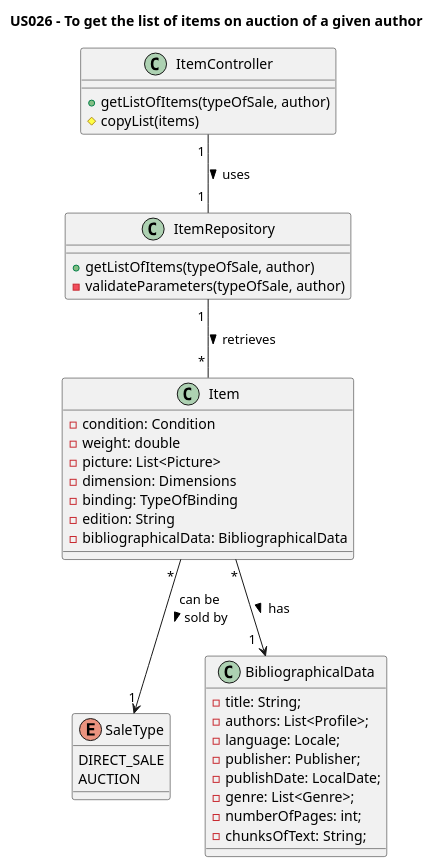
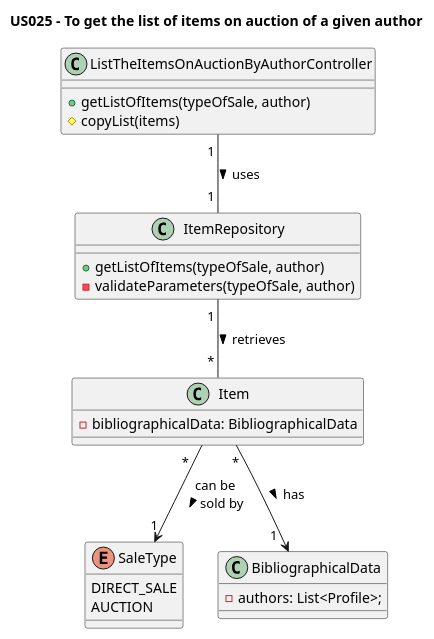
One commit to AndrePereiraGitH/SWitCH-Project-Team_A changed the diagram in Diagrams/ClassDiagrams/US026-to-get-the-list-of-items-on-auction-of-a-given-author.puml. Above: the diagram before and after it, drawn with PlantUML. The commit also changed 3 other files, not shown here.

```diff
--- a/Diagrams/ClassDiagrams/US026-to-get-the-list-of-items-on-auction-of-a-given-author.puml
+++ b/Diagrams/ClassDiagrams/US026-to-get-the-list-of-items-on-auction-of-a-given-author.puml
@@ -1,48 +1,35 @@
 @startuml
-title US026 - To get the list of items on auction of a given author
+title US025 - To get the list of items on auction of a given author
 
-class ItemController {
+class ListTheItemsOnAuctionByAuthorController {
   +getListOfItems(typeOfSale, author)
   #copyList(items)
 }
 
 class ItemRepository {
   +getListOfItems(typeOfSale, author)
   ' -convertStringToEnum(typeOfSale, author)
   -validateParameters(typeOfSale, author)
 }
 
 class Item {
-  - condition: Condition
-  - weight: double
-  - picture: List<Picture>
-  - dimension: Dimensions
-  - binding: TypeOfBinding
-  - edition: String
   - bibliographicalData: BibliographicalData
 }
 
 enum SaleType {
     DIRECT_SALE
     AUCTION
 }
 
 class BibliographicalData {
-    - title: String;
     - authors: List<Profile>;
-    - language: Locale;
-    - publisher: Publisher;
-    - publishDate: LocalDate;
-    - genre: List<Genre>;
-    - numberOfPages: int;
-    - chunksOfText: String;
 }
 
 ' Interactions
 
-ItemController  "1 " -- "1 " ItemRepository : uses >
+ListTheItemsOnAuctionByAuthorController  "1 " -- "1 " ItemRepository : uses >
 ItemRepository "1 " -- " * " Item : retrieves >
 Item "                                *" --> "1" SaleType : can be\nsold by >
 Item "*"--> "1  " BibliographicalData : has >
 
 @enduml
```
